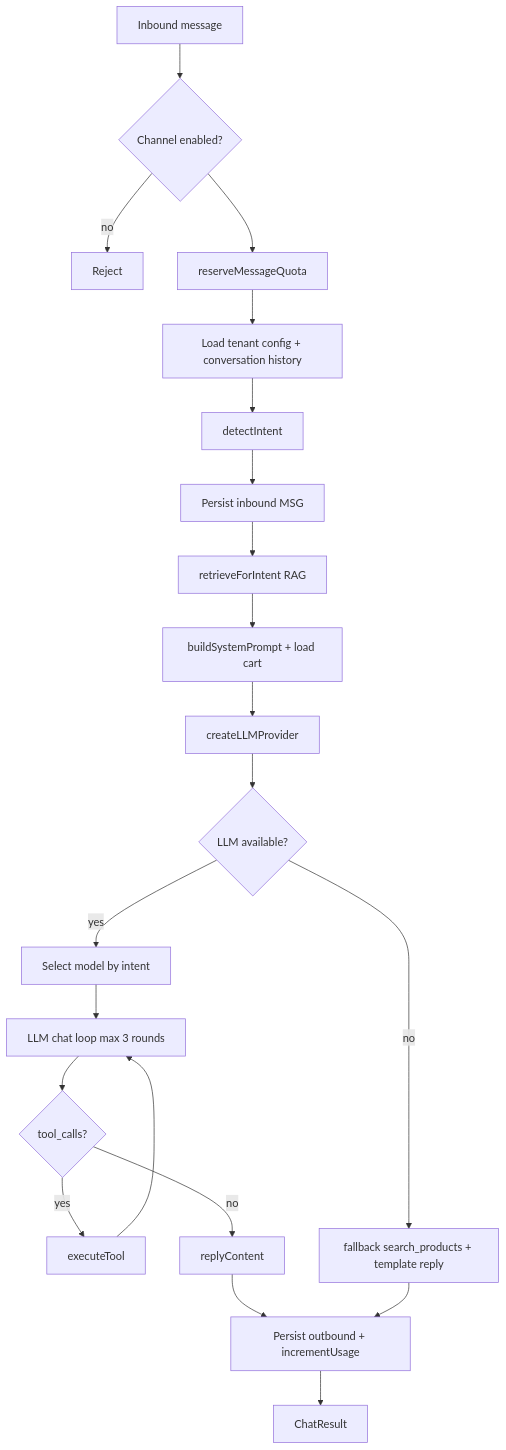
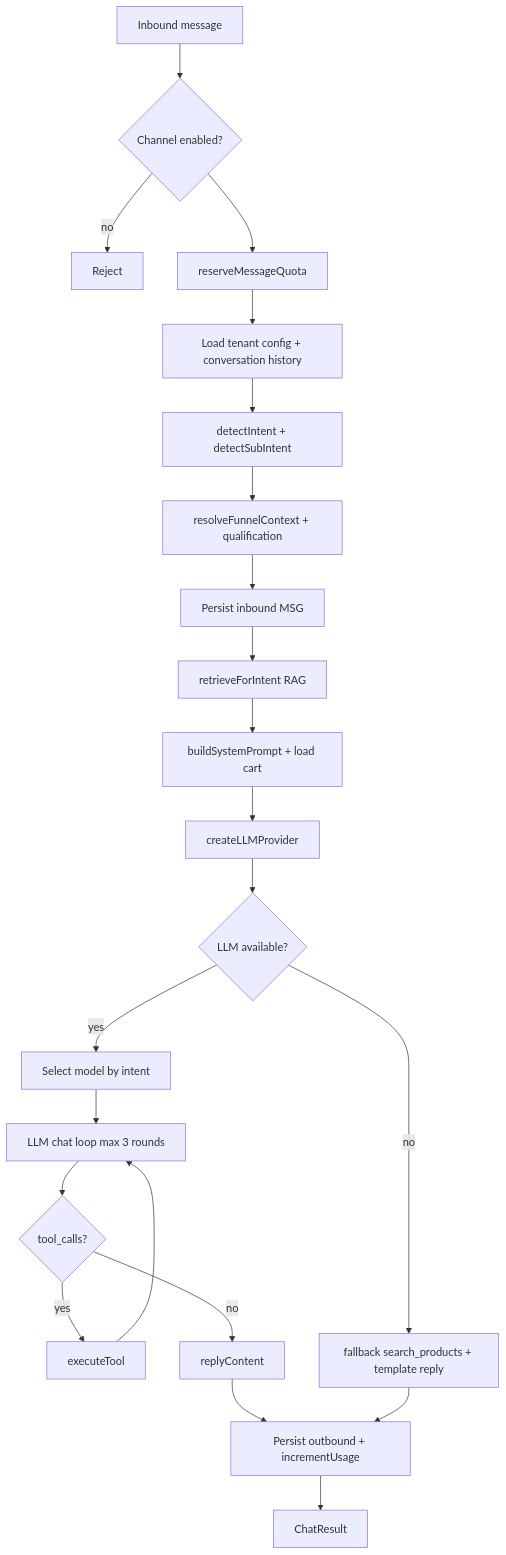
The third of 4 diagrams in docs/functions/03-chat-orchestration.md (manikya/chat-bot), drawn with Mermaid before and after one commit. The commit also changed other lines of this file and 44 other files, not shown here.

````diff
--- a/docs/functions/03-chat-orchestration.md
+++ b/docs/functions/03-chat-orchestration.md
@@ -59,23 +60,24 @@
 ```mermaid
 flowchart TD
   A[Inbound message] --> B{Channel enabled?}
   B -->|no| X[Reject]
   B --> C[reserveMessageQuota]
   C --> D[Load tenant config + conversation history]
-  D --> E[detectIntent]
-  E --> F[Persist inbound MSG]
+  D --> E[detectIntent + detectSubIntent]
+  E --> E2[resolveFunnelContext + qualification]
+  E2 --> F[Persist inbound MSG]
   F --> G[retrieveForIntent RAG]
   G --> H[buildSystemPrompt + load cart]
   H --> I[createLLMProvider]
   I --> J{LLM available?}
   J -->|yes| K[Select model by intent]
   K --> L[LLM chat loop max 3 rounds]
   L --> M{tool_calls?}
   M -->|yes| N[executeTool]
   N --> L
   M -->|no| O[replyContent]
   J -->|no| P[fallback search_products + template reply]
   O --> Q[Persist outbound + incrementUsage]
   P --> Q
   Q --> R[ChatResult]
 ```
````
